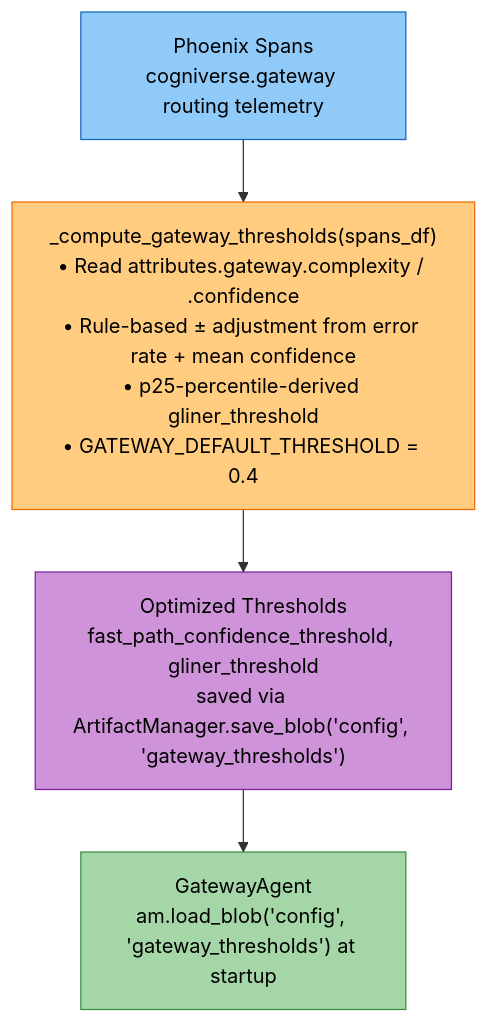
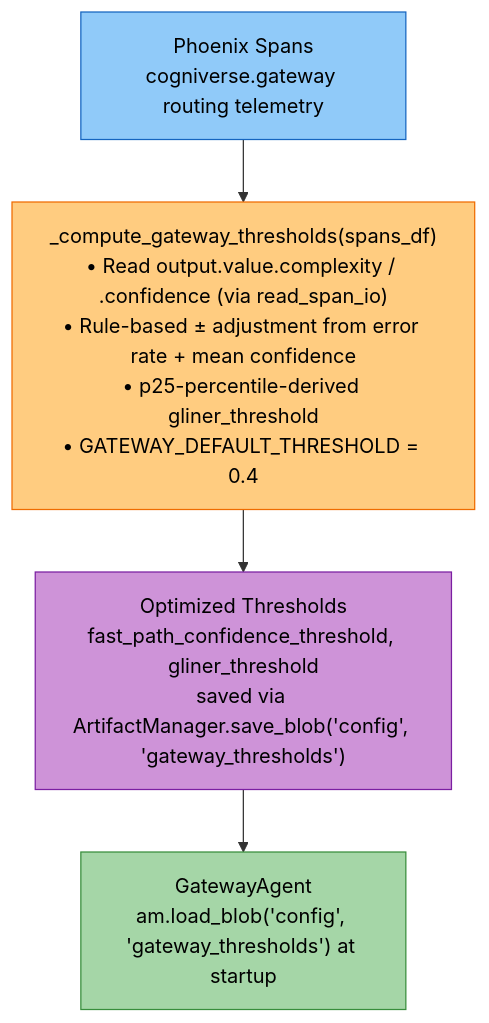
Before and after one commit to amit-jain/cogniverse: the second of 4 diagrams in docs/modules/optimization.md, drawn with Mermaid. The commit also changed other lines of this file and 18 other files, not shown here.

First line of the commit message:
Migrate routing, gateway, profile, orchestration spans to contract

````diff
--- a/docs/modules/optimization.md
+++ b/docs/modules/optimization.md
@@ -168,15 +168,15 @@
 ```mermaid
 flowchart TB
     Phoenix["<span style='color:#000'>Phoenix Spans<br/>cogniverse.gateway routing telemetry</span>"]
 
-    Phoenix --> Compute["<span style='color:#000'>_compute_gateway_thresholds(spans_df)<br/>• Read attributes.gateway.complexity / .confidence<br/>• Rule-based ± adjustment from error rate + mean confidence<br/>• p25-percentile-derived gliner_threshold<br/>• GATEWAY_DEFAULT_THRESHOLD = 0.4</span>"]
+    Phoenix --> Compute["<span style='color:#000'>_compute_gateway_thresholds(spans_df)<br/>• Read output.value.complexity / .confidence (via read_span_io)<br/>• Rule-based ± adjustment from error rate + mean confidence<br/>• p25-percentile-derived gliner_threshold<br/>• GATEWAY_DEFAULT_THRESHOLD = 0.4</span>"]
 
     Compute --> Thresholds["<span style='color:#000'>Optimized Thresholds<br/>fast_path_confidence_threshold, gliner_threshold<br/>saved via ArtifactManager.save_blob('config', 'gateway_thresholds')</span>"]
 
     Thresholds --> Gateway["<span style='color:#000'>GatewayAgent<br/>am.load_blob('config', 'gateway_thresholds') at startup</span>"]
 
     style Phoenix fill:#90caf9,stroke:#1565c0,color:#000
     style Compute fill:#ffcc80,stroke:#ef6c00,color:#000
     style Thresholds fill:#ce93d8,stroke:#7b1fa2,color:#000
     style Gateway fill:#a5d6a7,stroke:#388e3c,color:#000
 ```
````
